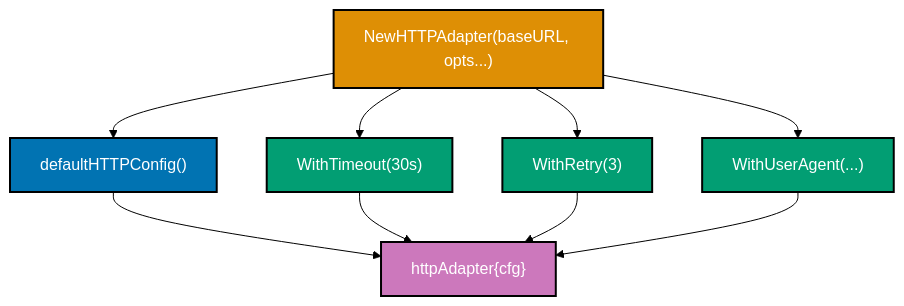
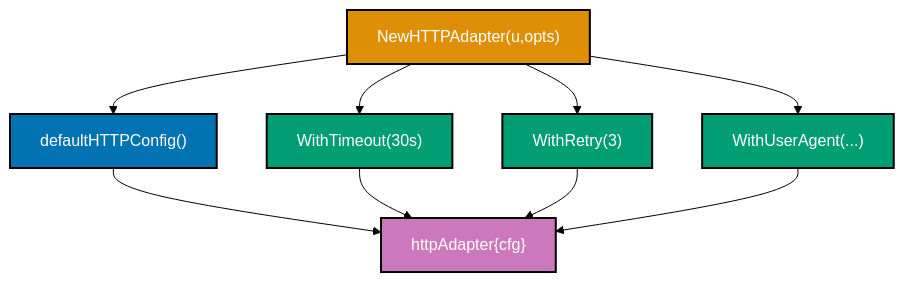
One commit to wahidyankf/baseerah changed diagram 20 of 23 in apps/ayokoding-www/content/en/learn/software-engineering/software-architecture/patterns-and-principles/in-procedural-by-example/intermediate.md. Above: the diagram before and after it, drawn with Mermaid (forest theme). The commit also changed other lines of this file and 88 other files, not shown here.

First line of the commit message:
fix(ayokoding-www): resolve pre-existing Mermaid violations, exclude fixtures/plans-done

````diff
--- a/apps/ayokoding-www/content/en/learn/software-engineering/software-architecture/patterns-and-principles/in-procedural-by-example/intermediate.md
+++ b/apps/ayokoding-www/content/en/learn/software-engineering/software-architecture/patterns-and-principles/in-procedural-by-example/intermediate.md
@@ -2596,22 +2596,22 @@
 ```mermaid
 graph TD
-    A["NewHTTPAdapter#40;baseURL, opts...#41;"]:::orange
+    A["NewHTTPAdapter#40;u,opts#41;"]:::orange
     B["defaultHTTPConfig#40;#41;"]:::blue
     C["WithTimeout#40;30s#41;"]:::teal
     D["WithRetry#40;3#41;"]:::teal
     E["WithUserAgent#40;...#41;"]:::teal
     F["httpAdapter#123;cfg#125;"]:::purple
     A --> B
     A --> C
     A --> D
     A --> E
     B --> F
     C --> F
     D --> F
     E --> F
 
     classDef orange fill:#DE8F05,stroke:#000000,color:#FFFFFF,stroke-width:2px
     classDef blue fill:#0173B2,stroke:#000000,color:#FFFFFF,stroke-width:2px
     classDef teal fill:#029E73,stroke:#000000,color:#FFFFFF,stroke-width:2px
     classDef purple fill:#CC78BC,stroke:#000000,color:#FFFFFF,stroke-width:2px
 ```
````
